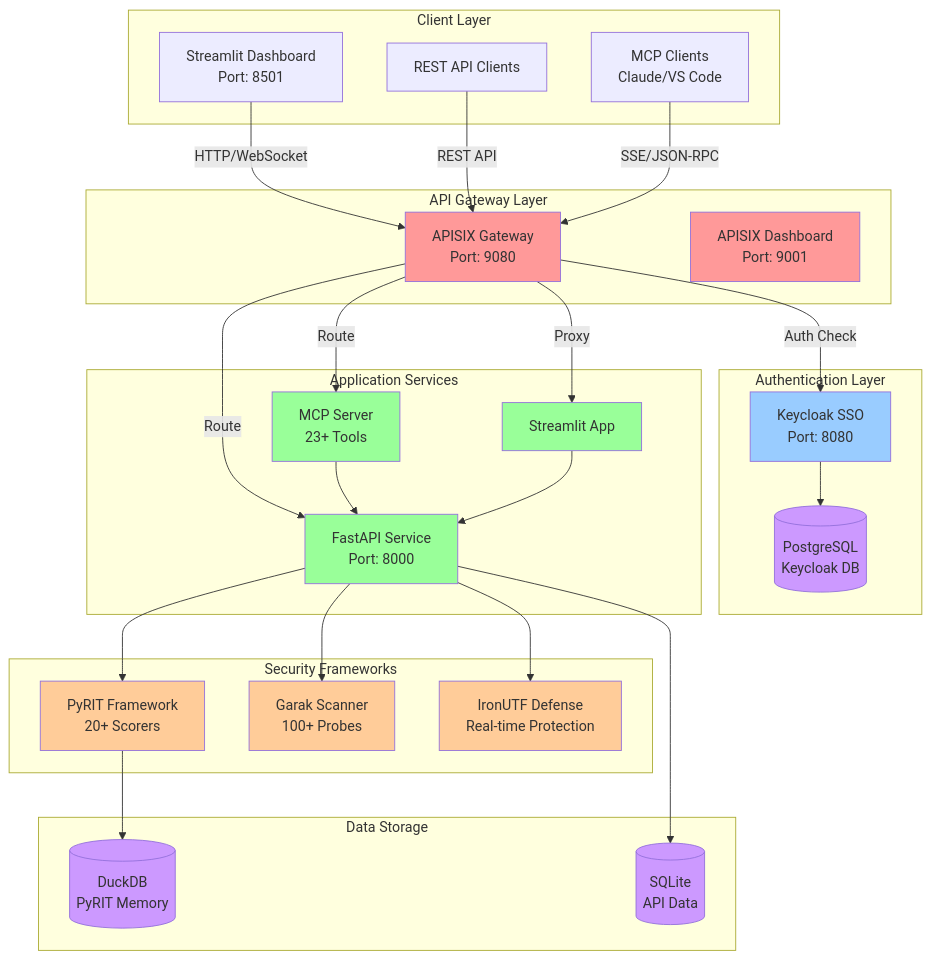
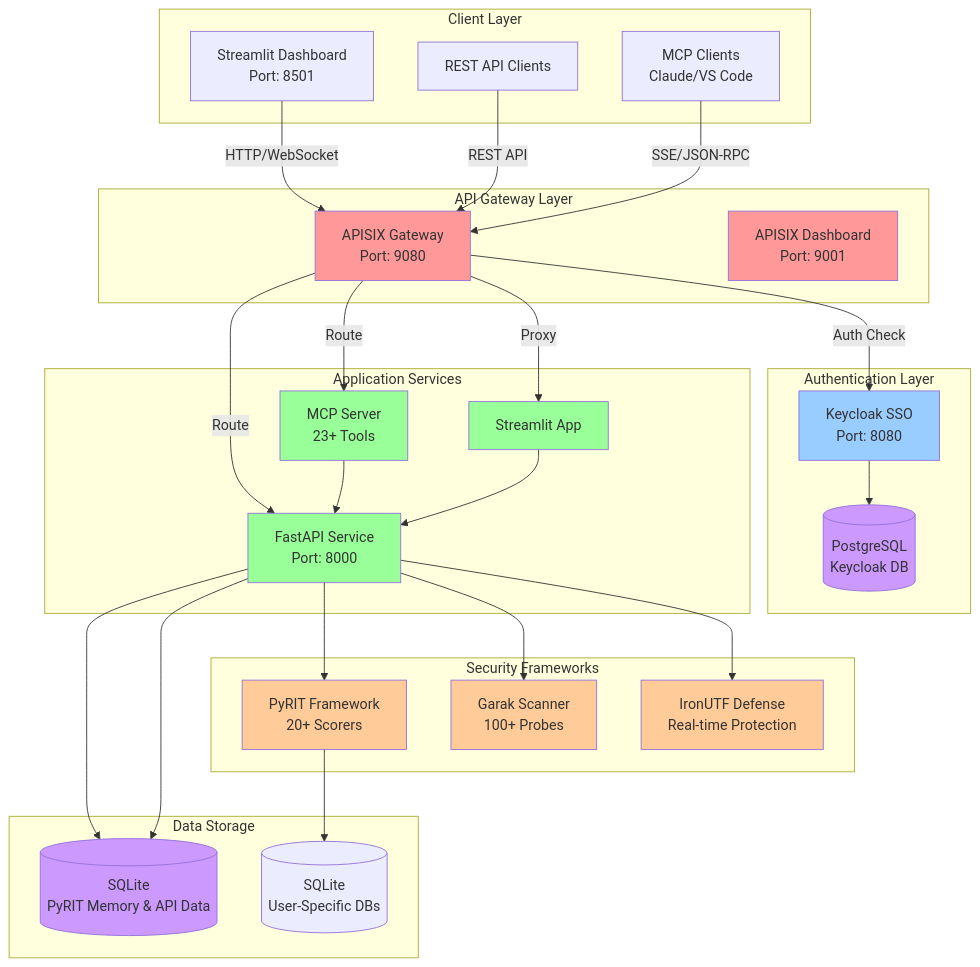
The first of 2 diagrams in README.md (Cybonto/violentUTF), drawn with Mermaid before and after one commit. The commit also changed other lines of this file and 917 other files, not shown here.

````diff
--- a/README.md
+++ b/README.md
@@ -183,68 +184,69 @@
 ```mermaid
 graph TB
     subgraph "Client Layer"
         C1[Streamlit Dashboard<br/>Port: 8501]
         C2[REST API Clients]
         C3[MCP Clients<br/>Claude/VS Code]
     end
 
     subgraph "API Gateway Layer"
         AG[APISIX Gateway<br/>Port: 9080]
         AGD[APISIX Dashboard<br/>Port: 9001]
     end
 
     subgraph "Authentication Layer"
         KC[Keycloak SSO<br/>Port: 8080]
         KCDB[(PostgreSQL<br/>Keycloak DB)]
     end
 
     subgraph "Application Services"
         API[FastAPI Service<br/>Port: 8000]
         MCP[MCP Server<br/>23+ Tools]
         ST[Streamlit App]
     end
 
     subgraph "Security Frameworks"
         PYRIT[PyRIT Framework<br/>20+ Scorers]
         GARAK[Garak Scanner<br/>100+ Probes]
         IRON[IronUTF Defense<br/>Real-time Protection]
     end
 
     subgraph "Data Storage"
-        DUCK[(DuckDB<br/>PyRIT Memory)]
-        SQLITE[(SQLite<br/>API Data)]
+        SQLITE[(SQLite<br/>PyRIT Memory & API Data)]
+        SQLITE_USER[(SQLite<br/>User-Specific DBs)]
     end
 
     C1 -->|HTTP/WebSocket| AG
     C2 -->|REST API| AG
     C3 -->|SSE/JSON-RPC| AG
 
     AG -->|Auth Check| KC
     AG -->|Route| API
     AG -->|Route| MCP
     AG -->|Proxy| ST
 
     KC --> KCDB
 
     API --> PYRIT
     API --> GARAK
     API --> IRON
     API --> SQLITE
 
     MCP --> API
     ST --> API
 
-    PYRIT --> DUCK
+    PYRIT --> SQLITE_USER
+    API --> SQLITE
 
     classDef gateway fill:#ff9999
     classDef auth fill:#99ccff
     classDef service fill:#99ff99
     classDef framework fill:#ffcc99
     classDef storage fill:#cc99ff
 
     class AG,AGD gateway
     class KC auth
     class API,MCP,ST service
     class PYRIT,GARAK,IRON framework
     class DUCK,SQLITE,KCDB storage
 ```
````
